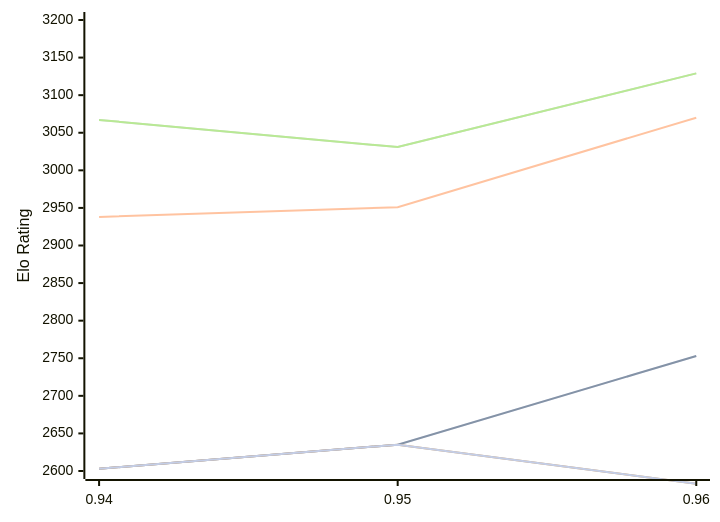
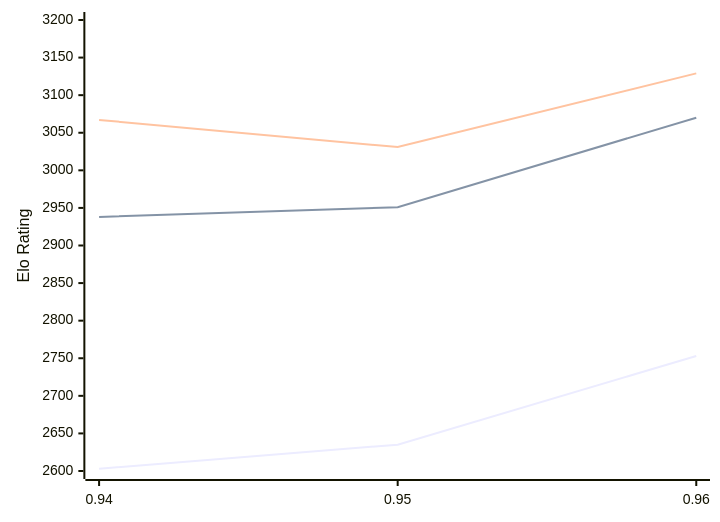
Before and after one commit to computer-chess-index/cci: the diagram in engines/Myrddin.md, drawn with Mermaid. The commit also changed other lines of this file, not shown here.

````diff
--- a/engines/Myrddin.md
+++ b/engines/Myrddin.md
@@ -49,13 +49,9 @@
 ```mermaid
 %%{init: {"theme":"base","themeVariables":{"seriesColors:['#a3a3a3','#222221','#faa371']}}}%%
 xychart-beta
   x-axis ["0.94", "0.95", "0.96"]
   y-axis "Elo Rating" 2600 --> 3200
-  line "" [2603, 2635, 2753]
   line "T1: STC (8.0+0.08s)" [2603, 2635, 2753]
   line "T1: LTC (60.0+0.60s)" [2938, 2951, 3070]
-  line "" [3067, 3031, 3129]
   line "T1: VLTC (2m24s+1.12s)" [3067, 3031, 3129]
-  line "" [2603, 2635,2583]
-  line "E1: STC (8.0+0.08s)" [2603, 2635,2583]
 ```
````
